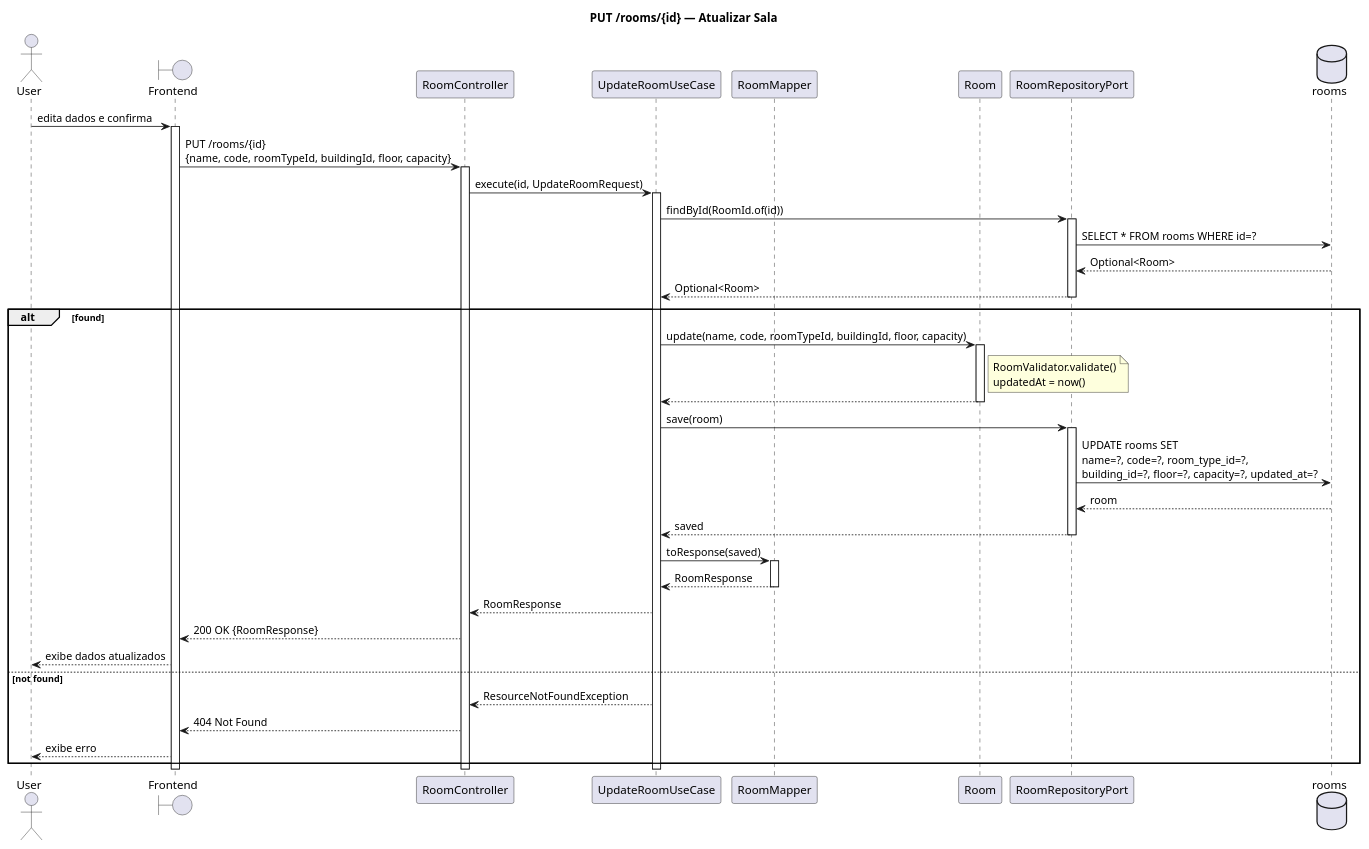
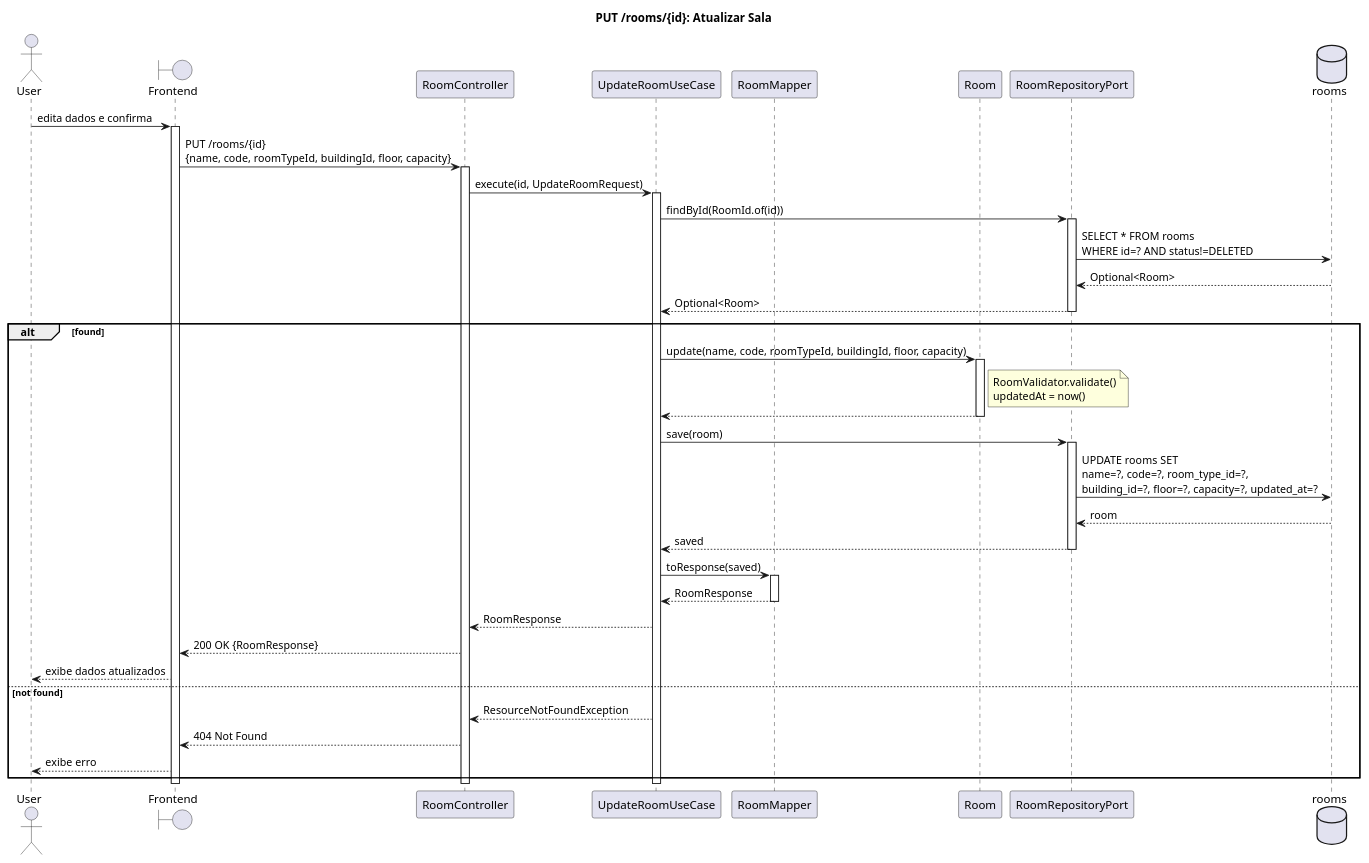
The diagram in src/plantuml/sequencia/room/update_room.puml (Neoguara/rooms-diagrams), drawn with PlantUML before and after one commit. The commit also changed 73 other files, not shown here.

```diff
--- a/src/plantuml/sequencia/room/update_room.puml
+++ b/src/plantuml/sequencia/room/update_room.puml
@@ -1,61 +1,61 @@
 @startuml update_room
 
-title PUT /rooms/{id} — Atualizar Sala
+title PUT /rooms/{id}: Atualizar Sala
 
 actor User
 boundary "Frontend" as FE
 participant "RoomController" as Ctrl
 participant "UpdateRoomUseCase" as UC
 participant "RoomMapper" as Mapper
 participant "Room" as Entity
 participant "RoomRepositoryPort" as Repo
 database "rooms" as DB
 
 User -> FE: edita dados e confirma
 activate FE
 FE -> Ctrl: PUT /rooms/{id}\n{name, code, roomTypeId, buildingId, floor, capacity}
 activate Ctrl
 
 Ctrl -> UC: execute(id, UpdateRoomRequest)
 activate UC
 
 UC -> Repo: findById(RoomId.of(id))
 activate Repo
-Repo -> DB: SELECT * FROM rooms WHERE id=?
+Repo -> DB: SELECT * FROM rooms\nWHERE id=? AND status!=DELETED
 DB --> Repo: Optional<Room>
 Repo --> UC: Optional<Room>
 deactivate Repo
 
 alt found
   UC -> Entity: update(name, code, roomTypeId, buildingId, floor, capacity)
   activate Entity
   note right of Entity: RoomValidator.validate()\nupdatedAt = now()
   Entity --> UC:
   deactivate Entity
 
   UC -> Repo: save(room)
   activate Repo
   Repo -> DB: UPDATE rooms SET\nname=?, code=?, room_type_id=?,\nbuilding_id=?, floor=?, capacity=?, updated_at=?
   DB --> Repo: room
   Repo --> UC: saved
   deactivate Repo
 
   UC -> Mapper: toResponse(saved)
   activate Mapper
   Mapper --> UC: RoomResponse
   deactivate Mapper
 
   UC --> Ctrl: RoomResponse
   Ctrl --> FE: 200 OK {RoomResponse}
   FE --> User: exibe dados atualizados
 else not found
   UC --> Ctrl: ResourceNotFoundException
   Ctrl --> FE: 404 Not Found
   FE --> User: exibe erro
 end
 
 deactivate UC
 deactivate Ctrl
 deactivate FE
 
 @enduml
```
